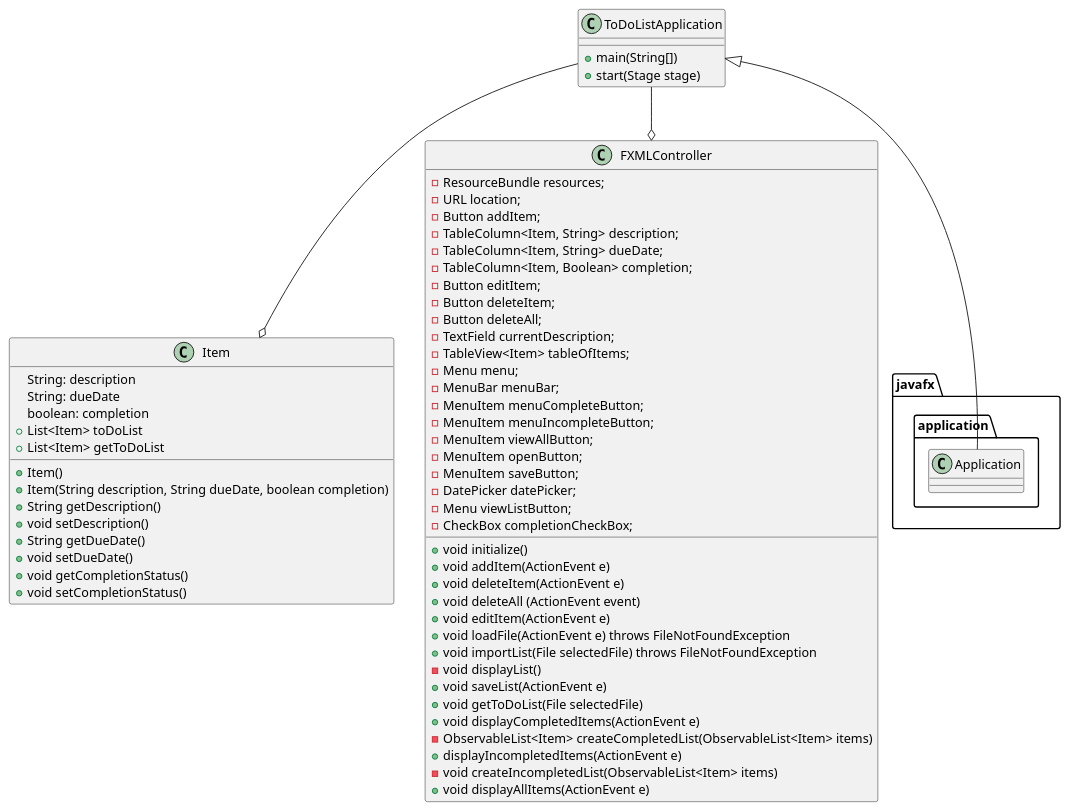
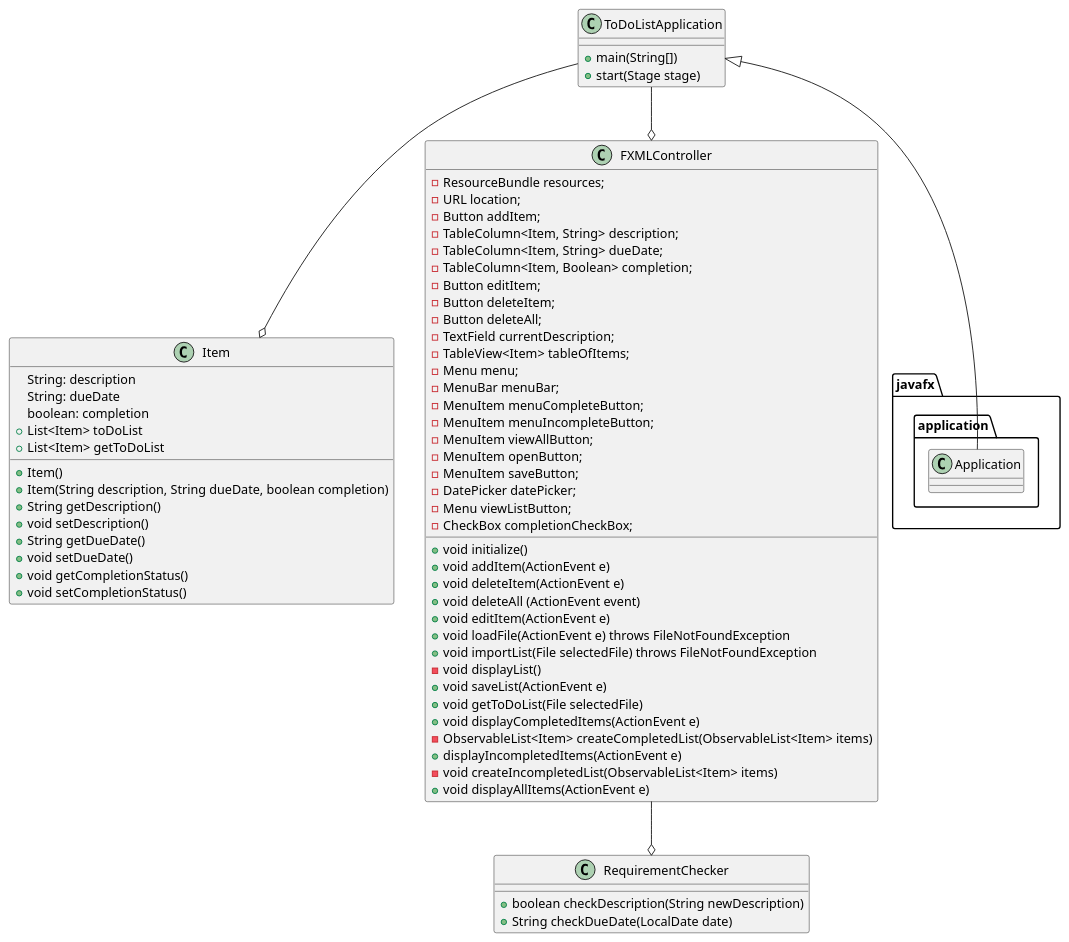
One commit to KatanaJohn/ashley-app1-impl changed the diagram in docs/assignment05UML.puml. Above: the diagram before and after it, drawn with PlantUML. The commit also changed 5 other files, not shown here.

```diff
--- a/docs/assignment05UML.puml
+++ b/docs/assignment05UML.puml
@@ -1,77 +1,83 @@
 @startuml
 'https://plantuml.com/sequence-diagram
 
 class ToDoListApplication
 {
     +main(String[])
     +start(Stage stage)
 }
 
 
 class Item
 {
     String: description
     String: dueDate
     boolean: completion
     +List<Item> toDoList
     +Item()
     +Item(String description, String dueDate, boolean completion)
     +String getDescription()
     +void setDescription()
     +String getDueDate()
     +void setDueDate()
     +void getCompletionStatus()
     +void setCompletionStatus()
     +List<Item> getToDoList
 }
 
 
 class FXMLController
 {
         -ResourceBundle resources;
         -URL location;
         -Button addItem;
         -TableColumn<Item, String> description;
         -TableColumn<Item, String> dueDate;
         -TableColumn<Item, Boolean> completion;
         -Button editItem;
         -Button deleteItem;
         -Button deleteAll;
         -TextField currentDescription;
         -TableView<Item> tableOfItems;
         -Menu menu;
         -MenuBar menuBar;
         -MenuItem menuCompleteButton;
         -MenuItem menuIncompleteButton;
         -MenuItem viewAllButton;
         -MenuItem openButton;
         -MenuItem saveButton;
         -DatePicker datePicker;
         -Menu viewListButton;
         -CheckBox completionCheckBox;
 
         +void initialize()
         +void addItem(ActionEvent e)
         +void deleteItem(ActionEvent e)
         +void deleteAll (ActionEvent event)
         +void editItem(ActionEvent e)
         +void loadFile(ActionEvent e) throws FileNotFoundException
         +void importList(File selectedFile) throws FileNotFoundException
         -void displayList()
         +void saveList(ActionEvent e)
         +void getToDoList(File selectedFile)
         +void displayCompletedItems(ActionEvent e)
         -ObservableList<Item> createCompletedList(ObservableList<Item> items)
         +displayIncompletedItems(ActionEvent e)
         -void createIncompletedList(ObservableList<Item> items)
         +void displayAllItems(ActionEvent e)
 
 }
 
+class RequirementChecker
+{
+    + boolean checkDescription(String newDescription)
+    +String checkDueDate(LocalDate date)
+}
 
+FXMLController --o RequirementChecker
 ToDoListApplication <|-- javafx.application.Application
 ToDoListApplication --o Item
 ToDoListApplication --o FXMLController
 
 
 @enduml
```
